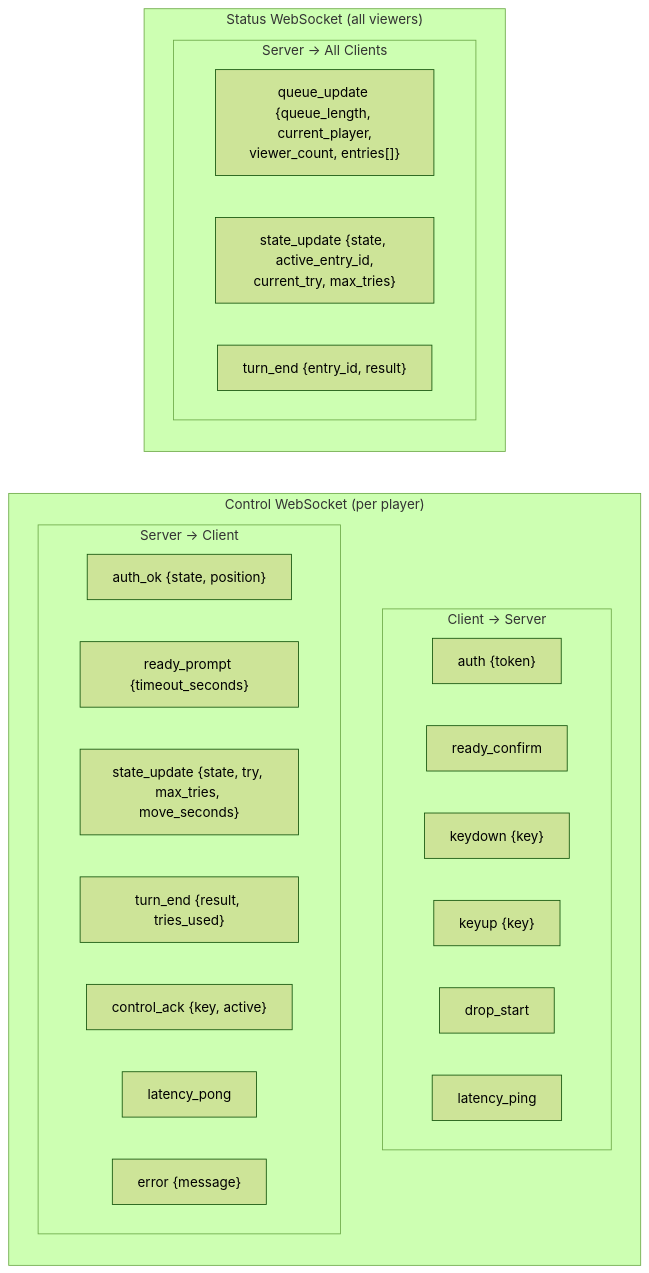
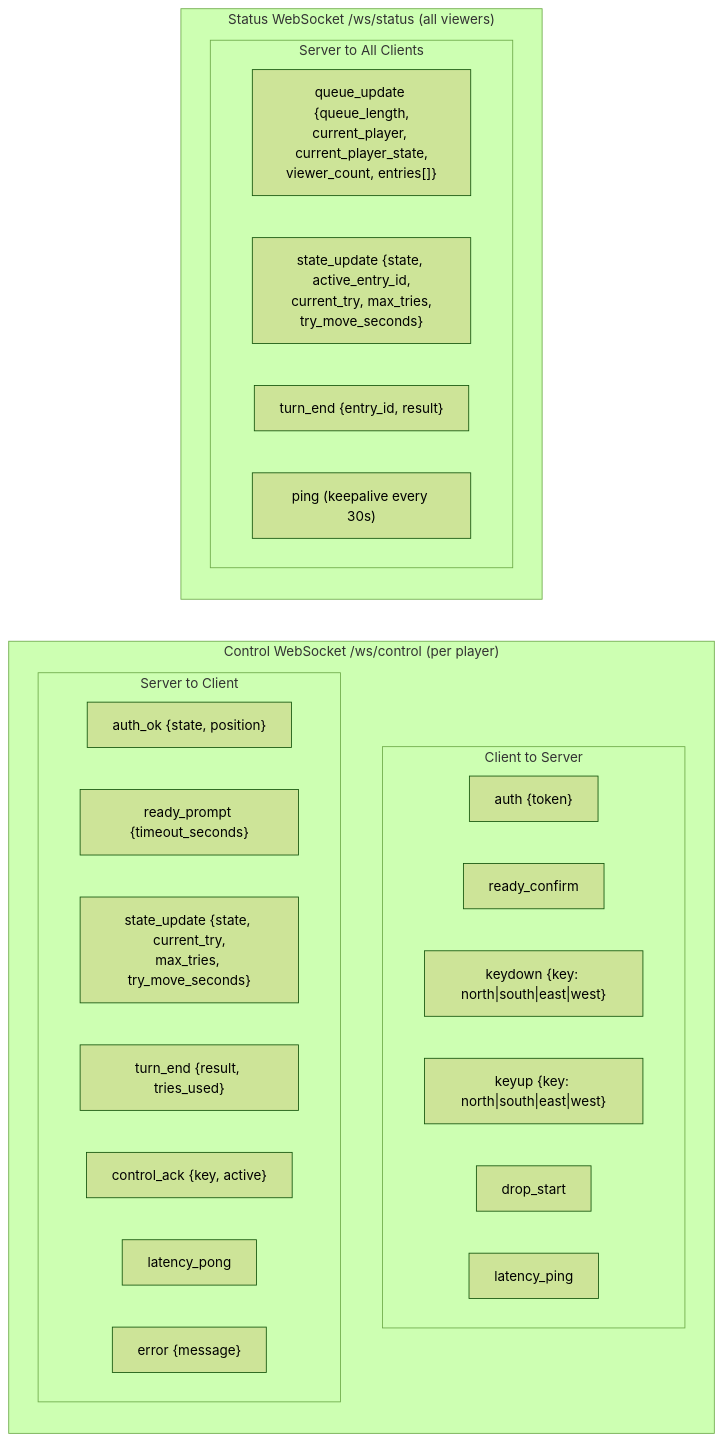
Before and after one commit to morroware/ECLAW: the eighth of 12 diagrams in docs/queue-flow.md, drawn with Mermaid (forest theme). The commit also changed other lines of this file and 8 other files, not shown here.

````diff
--- a/docs/queue-flow.md
+++ b/docs/queue-flow.md
@@ -286,32 +410,33 @@
 ```mermaid
 graph LR
-    subgraph ControlWS["Control WebSocket (per player)"]
+    subgraph ControlWS["Control WebSocket /ws/control (per player)"]
         direction TB
-        subgraph ClientToServer["Client → Server"]
+        subgraph C2S["Client to Server"]
             A1["auth {token}"]
             A2["ready_confirm"]
-            A3["keydown {key}"]
-            A4["keyup {key}"]
+            A3["keydown {key: north|south|east|west}"]
+            A4["keyup {key: north|south|east|west}"]
             A5["drop_start"]
             A6["latency_ping"]
         end
-        subgraph ServerToClient["Server → Client"]
+        subgraph S2C["Server to Client"]
             B1["auth_ok {state, position}"]
             B2["ready_prompt {timeout_seconds}"]
-            B3["state_update {state, try, max_tries, move_seconds}"]
+            B3["state_update {state, current_try,<br/>max_tries, try_move_seconds}"]
             B4["turn_end {result, tries_used}"]
             B5["control_ack {key, active}"]
             B6["latency_pong"]
             B7["error {message}"]
         end
     end
 
-    subgraph StatusWS["Status WebSocket (all viewers)"]
+    subgraph StatusWS["Status WebSocket /ws/status (all viewers)"]
         direction TB
-        subgraph Broadcast["Server → All Clients"]
-            C1["queue_update {queue_length, current_player,<br/>viewer_count, entries[]}"]
-            C2["state_update {state, active_entry_id,<br/>current_try, max_tries}"]
+        subgraph Broadcast["Server to All Clients"]
+            C1["queue_update {queue_length,<br/>current_player, current_player_state,<br/>viewer_count, entries[]}"]
+            C2["state_update {state, active_entry_id,<br/>current_try, max_tries,<br/>try_move_seconds}"]
             C3["turn_end {entry_id, result}"]
+            C4["ping (keepalive every 30s)"]
         end
     end
 ```
````
